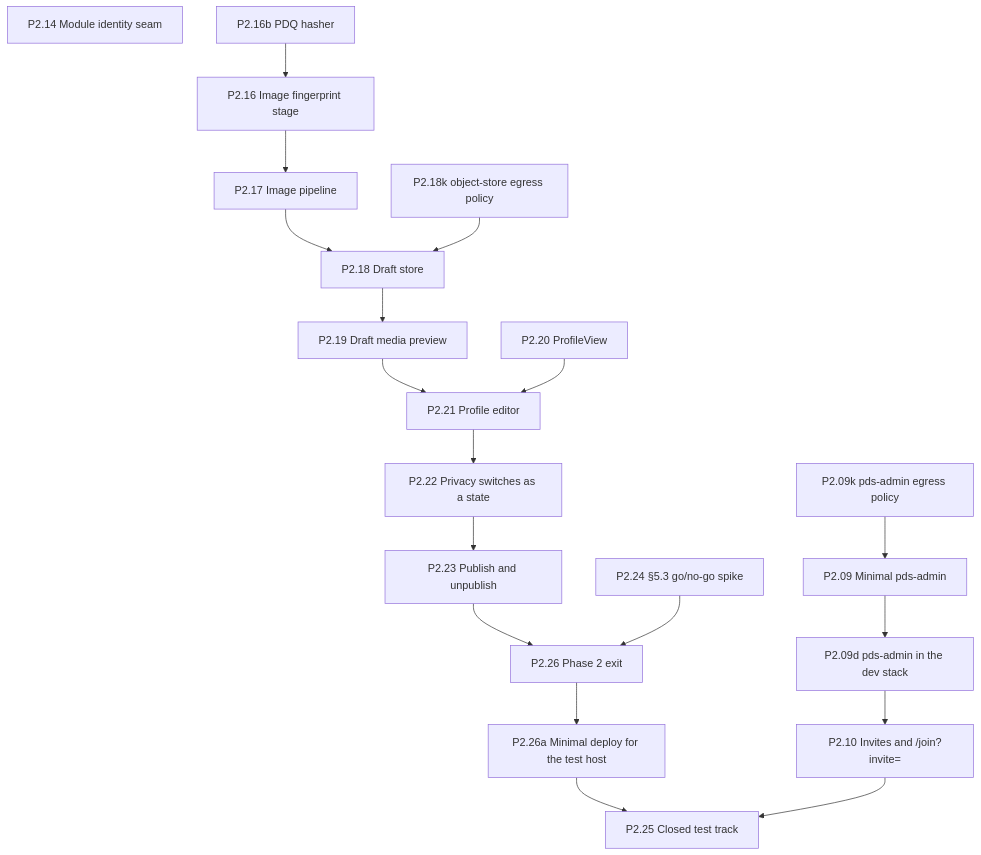
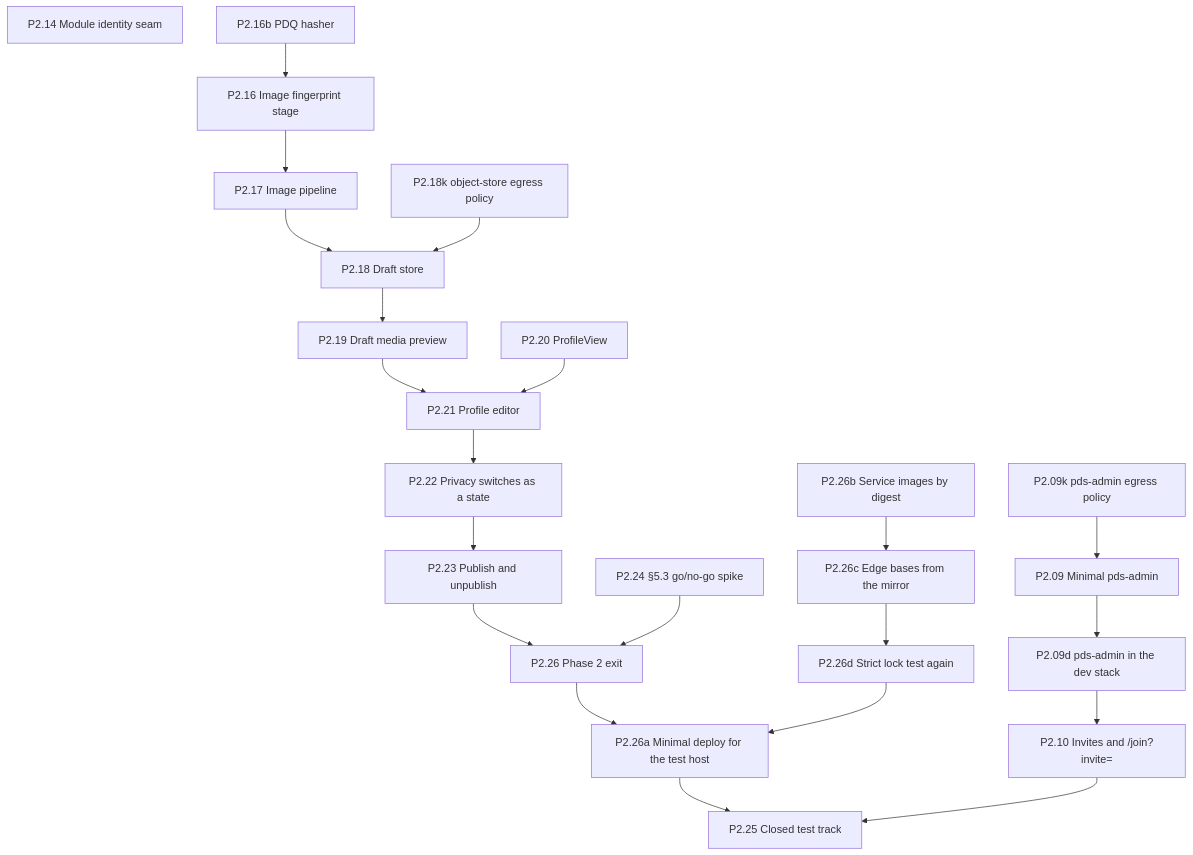
One commit to Undefined6799/unset changed the fifth of 11 diagrams in docs/ai/book/01-outline.md. Above: the diagram before and after it, drawn with Mermaid. The commit also changed other lines of this file and 5 other files, not shown here.

````diff
--- a/docs/ai/book/01-outline.md
+++ b/docs/ai/book/01-outline.md
@@ -1236,39 +1241,45 @@
 ```mermaid
 flowchart TD
   P2_09["P2.09 Minimal pds-admin"]
   P2_09d["P2.09d pds-admin in the dev stack"]
   P2_09k["P2.09k pds-admin egress policy"]
   P2_10["P2.10 Invites and /join?invite="]
   P2_14["P2.14 Module identity seam"]
   P2_16b["P2.16b PDQ hasher"]
   P2_16["P2.16 Image fingerprint stage"]
   P2_17["P2.17 Image pipeline"]
   P2_18["P2.18 Draft store"]
   P2_18k["P2.18k object-store egress policy"]
   P2_19["P2.19 Draft media preview"]
   P2_20["P2.20 ProfileView"]
   P2_21["P2.21 Profile editor"]
   P2_22["P2.22 Privacy switches as a state"]
   P2_23["P2.23 Publish and unpublish"]
   P2_24["P2.24 §5.3 go/no-go spike"]
   P2_26["P2.26 Phase 2 exit"]
+  P2_26b["P2.26b Service images by digest"]
+  P2_26c["P2.26c Edge bases from the mirror"]
+  P2_26d["P2.26d Strict lock test again"]
   P2_26a["P2.26a Minimal deploy for the test host"]
   P2_25["P2.25 Closed test track"]
   P2_16b --> P2_16
   P2_16 --> P2_17
   P2_17 --> P2_18
   P2_18 --> P2_19
   P2_19 --> P2_21
   P2_20 --> P2_21
   P2_21 --> P2_22
   P2_22 --> P2_23
   P2_23 --> P2_26
   P2_24 --> P2_26
   P2_26 --> P2_26a
+  P2_26b --> P2_26c
+  P2_26c --> P2_26d
+  P2_26d --> P2_26a
   P2_26a --> P2_25
   P2_10 --> P2_25
   P2_18k --> P2_18
   P2_09k --> P2_09
   P2_09 --> P2_09d
   P2_09d --> P2_10
 ```
````
